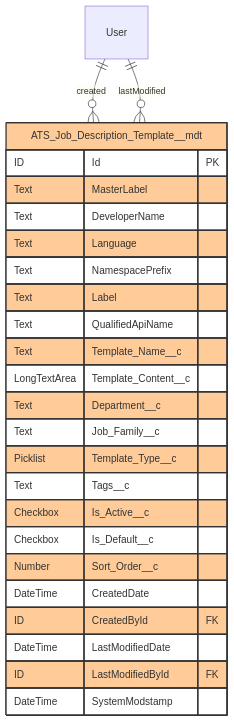
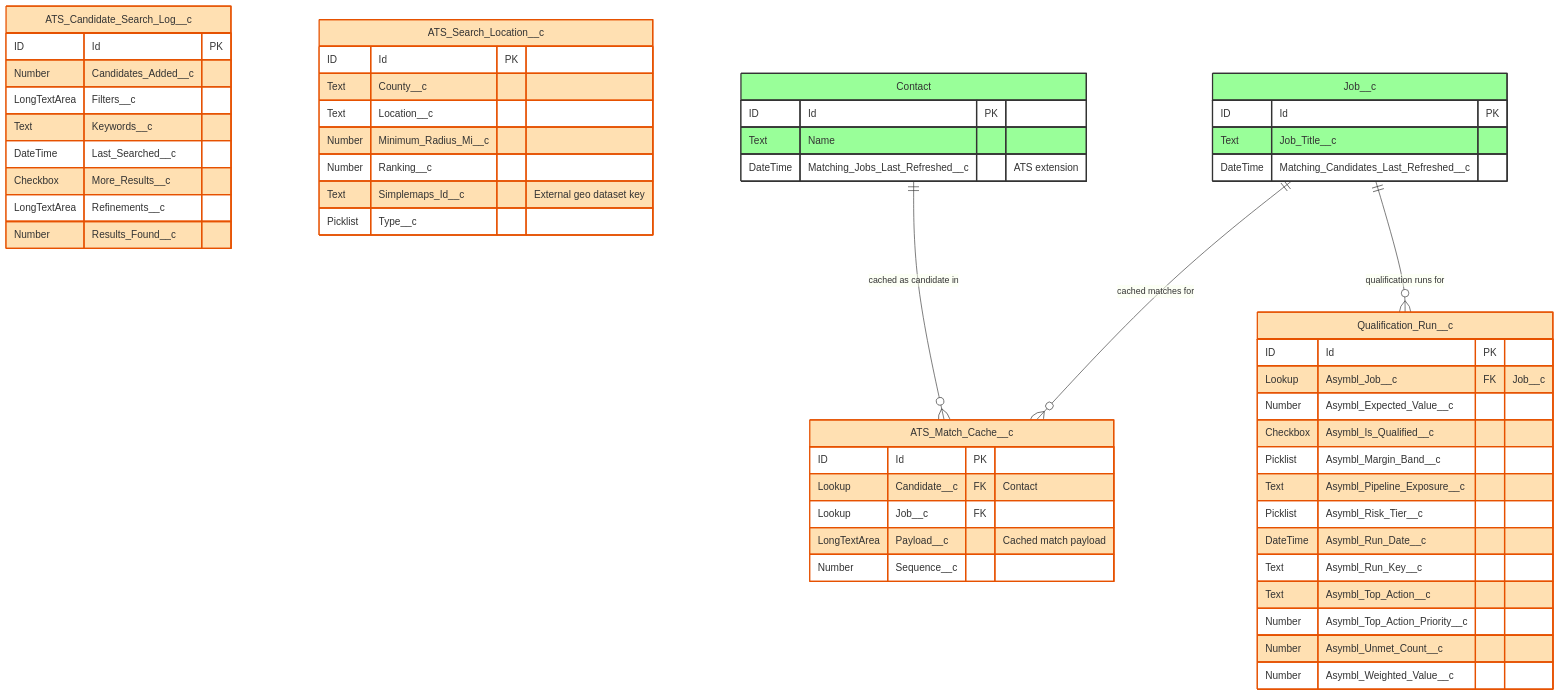
One commit to asymblinc/ProductDocumentations changed the sixth of 6 diagrams in ATS/ERD_Missing_Objects_Complete.md. Above: the diagram before and after it, drawn with Mermaid. The commit also changed other lines of this file and 12 other files, not shown here.

First line of the commit message:
docs(ATS): refresh against bpats master, remove fabricated content

````diff
--- a/ATS/ERD_Missing_Objects_Complete.md
+++ b/ATS/ERD_Missing_Objects_Complete.md
@@ -239,34 +181,69 @@
 ```mermaid
 erDiagram
-    ATS_Job_Description_Template__mdt {
+    ATS_Match_Cache__c {
         ID Id PK
-        Text MasterLabel
-        Text DeveloperName
-        Text Language
-        Text NamespacePrefix
-        Text Label
-        Text QualifiedApiName
-        Text Template_Name__c
-        LongTextArea Template_Content__c
-        Text Department__c
-        Text Job_Family__c
-        Picklist Template_Type__c
-        Text Tags__c
-        Checkbox Is_Active__c
-        Checkbox Is_Default__c
-        Number Sort_Order__c
-        DateTime CreatedDate
-        ID CreatedById FK
-        DateTime LastModifiedDate
-        ID LastModifiedById FK
-        DateTime SystemModstamp
+        Lookup Candidate__c FK "Contact"
+        Lookup Job__c FK
+        LongTextArea Payload__c "Cached match payload"
+        Number Sequence__c
     }
-    
-    User ||--o{ ATS_Job_Description_Template__mdt : "created"
-    User ||--o{ ATS_Job_Description_Template__mdt : "lastModified"
-    
-    %% Color coding
-    classDef metadata fill:#ffcc99,stroke:#333,stroke-width:2px
-    
-    class ATS_Job_Description_Template__mdt metadata
+
+    ATS_Candidate_Search_Log__c {
+        ID Id PK
+        Number Candidates_Added__c
+        LongTextArea Filters__c
+        Text Keywords__c
+        DateTime Last_Searched__c
+        Checkbox More_Results__c
+        LongTextArea Refinements__c
+        Number Results_Found__c
+    }
+
+    ATS_Search_Location__c {
+        ID Id PK
+        Text County__c
+        Text Location__c
+        Number Minimum_Radius_Mi__c
+        Number Ranking__c
+        Text Simplemaps_Id__c "External geo dataset key"
+        Picklist Type__c
+    }
+
+    Qualification_Run__c {
+        ID Id PK
+        Lookup Asymbl_Job__c FK "Job__c"
+        Number Asymbl_Expected_Value__c
+        Checkbox Asymbl_Is_Qualified__c
+        Picklist Asymbl_Margin_Band__c
+        Text Asymbl_Pipeline_Exposure__c
+        Picklist Asymbl_Risk_Tier__c
+        DateTime Asymbl_Run_Date__c
+        Text Asymbl_Run_Key__c
+        Text Asymbl_Top_Action__c
+        Number Asymbl_Top_Action_Priority__c
+        Number Asymbl_Unmet_Count__c
+        Number Asymbl_Weighted_Value__c
+    }
+
+    Contact {
+        ID Id PK
+        Text Name
+        DateTime Matching_Jobs_Last_Refreshed__c "ATS extension"
+    }
+
+    Job__c {
+        ID Id PK
+        Text Job_Title__c
+        DateTime Matching_Candidates_Last_Refreshed__c
+    }
+
+    Contact ||--o{ ATS_Match_Cache__c : "cached as candidate in"
+    Job__c ||--o{ ATS_Match_Cache__c : "cached matches for"
+    Job__c ||--o{ Qualification_Run__c : "qualification runs for"
+
+    classDef matching fill:#ffe0b2,stroke:#e65100,stroke-width:2px
+    classDef standard fill:#99ff99,stroke:#333,stroke-width:2px
+
+    class ATS_Match_Cache__c,ATS_Candidate_Search_Log__c,ATS_Search_Location__c,Qualification_Run__c matching
+    class Contact,Job__c standard
 ```
````
